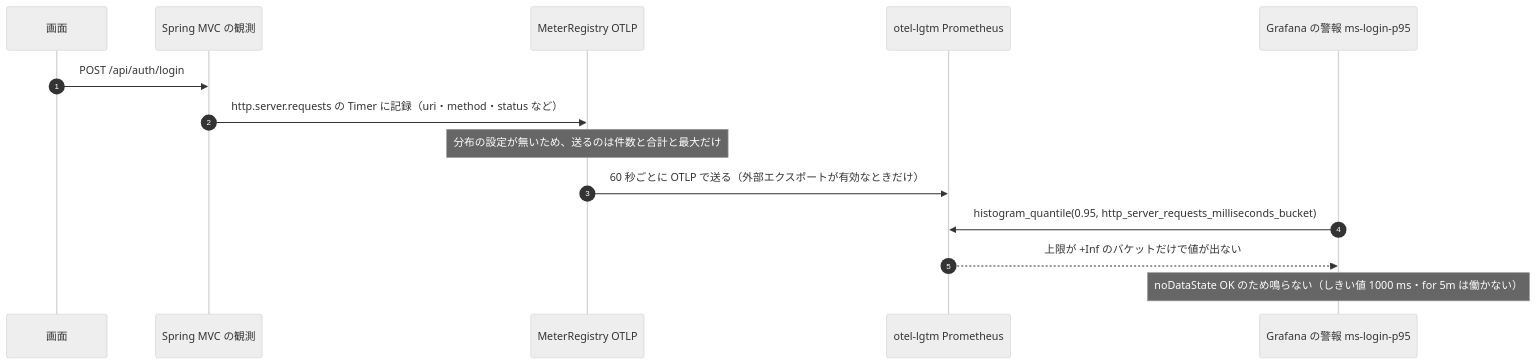
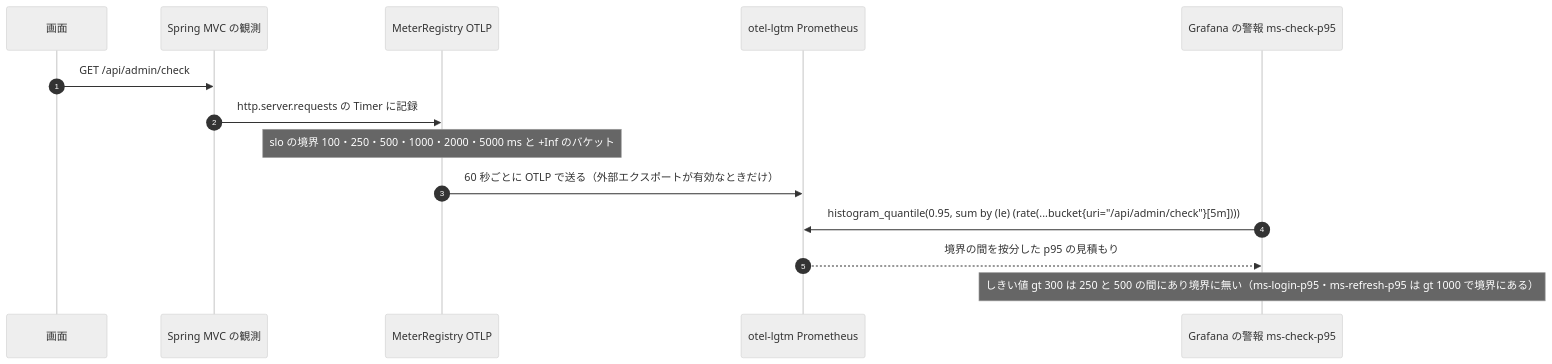
Before and after one commit to agwlvssainokuni/mastersmith2: the second of 5 diagrams in aidlc/spaces/default/codekb/mastersmith2/architecture.md, drawn with Mermaid (neutral theme). The commit also changed other lines of this file and 16 other files, not shown here.

````diff
--- a/aidlc/spaces/default/codekb/mastersmith2/architecture.md
+++ b/aidlc/spaces/default/codekb/mastersmith2/architecture.md
@@ -99,17 +106,17 @@
 ```mermaid
 sequenceDiagram
   autonumber
   participant C as 画面
   participant MVC as Spring MVC の観測
   participant REG as MeterRegistry OTLP
   participant L as otel-lgtm Prometheus
-  participant G as Grafana の警報 ms-login-p95
+  participant G as Grafana の警報 ms-check-p95
 
-  C->>MVC: POST /api/auth/login
-  MVC->>REG: http.server.requests の Timer に記録（uri・method・status など）
-  Note over REG: 分布の設定が無いため、送るのは件数と合計と最大だけ
+  C->>MVC: GET /api/admin/check
+  MVC->>REG: http.server.requests の Timer に記録
+  Note over REG: slo の境界 100・250・500・1000・2000・5000 ms と +Inf のバケット
   REG->>L: 60 秒ごとに OTLP で送る（外部エクスポートが有効なときだけ）
-  G->>L: histogram_quantile(0.95, http_server_requests_milliseconds_bucket)
-  L-->>G: 上限が +Inf のバケットだけで値が出ない
-  Note over G: noDataState OK のため鳴らない（しきい値 1000 ms・for 5m は働かない）
+  G->>L: histogram_quantile(0.95, sum by (le) (rate(...bucket{uri="/api/admin/check"}[5m])))
+  L-->>G: 境界の間を按分した p95 の見積もり
+  Note over G: しきい値 gt 300 は 250 と 500 の間にあり境界に無い（ms-login-p95・ms-refresh-p95 は gt 1000 で境界にある）
 ```
````
